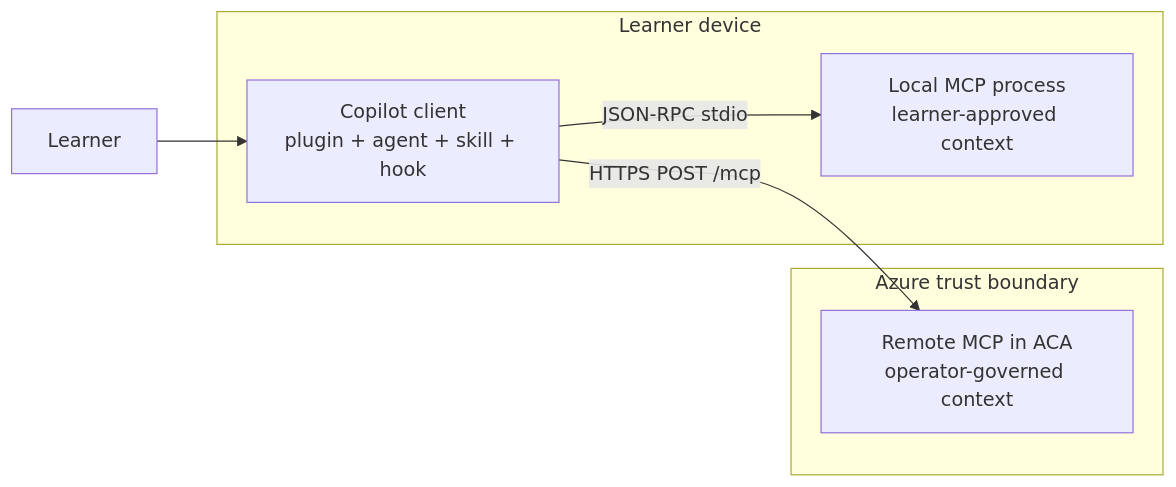
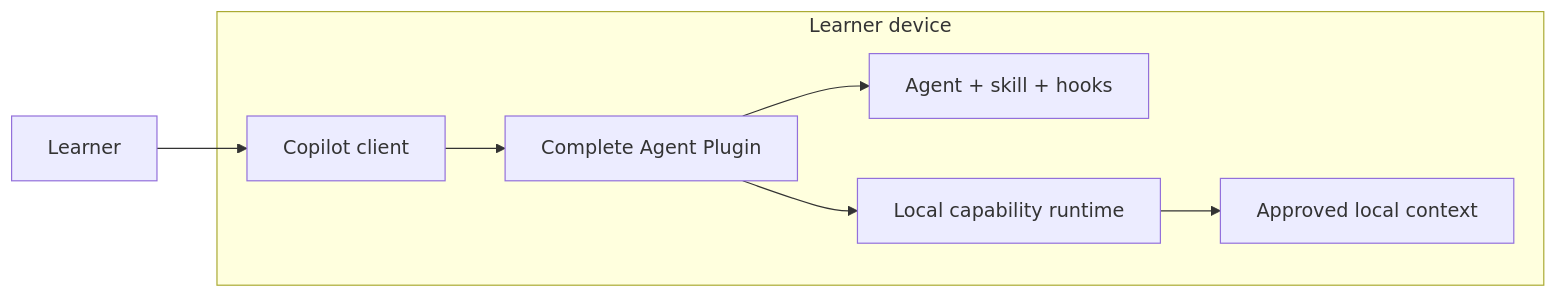
The first of 3 diagrams in docs/architecture.md (diberry/copilot-mcp-local-remote-lab), drawn with Mermaid before and after one commit. The commit also changed other lines of this file and 10 other files, not shown here.

First line of the commit message:
docs: plan plugin behind company MCP

````diff
--- a/docs/architecture.md
+++ b/docs/architecture.md
@@ -10,13 +13,15 @@
 ```mermaid
 flowchart LR
-  U[Learner] --> C[Copilot client<br/>plugin + agent + skill + hook]
-  C -->|JSON-RPC stdio| L[Local MCP process<br/>learner-approved context]
-  C -->|HTTPS POST /mcp| R[Remote MCP in ACA<br/>operator-governed context]
+  U[Learner] --> C[Copilot client]
+  C --> P[Complete Agent Plugin]
+  P --> A[Agent + skill + hooks]
+  P --> R[Local capability runtime]
+  R --> L[Approved local context]
   subgraph Device[Learner device]
     C
+    P
+    A
+    R
     L
   end
-  subgraph Azure[Azure trust boundary]
-    R
-  end
 ```
````
